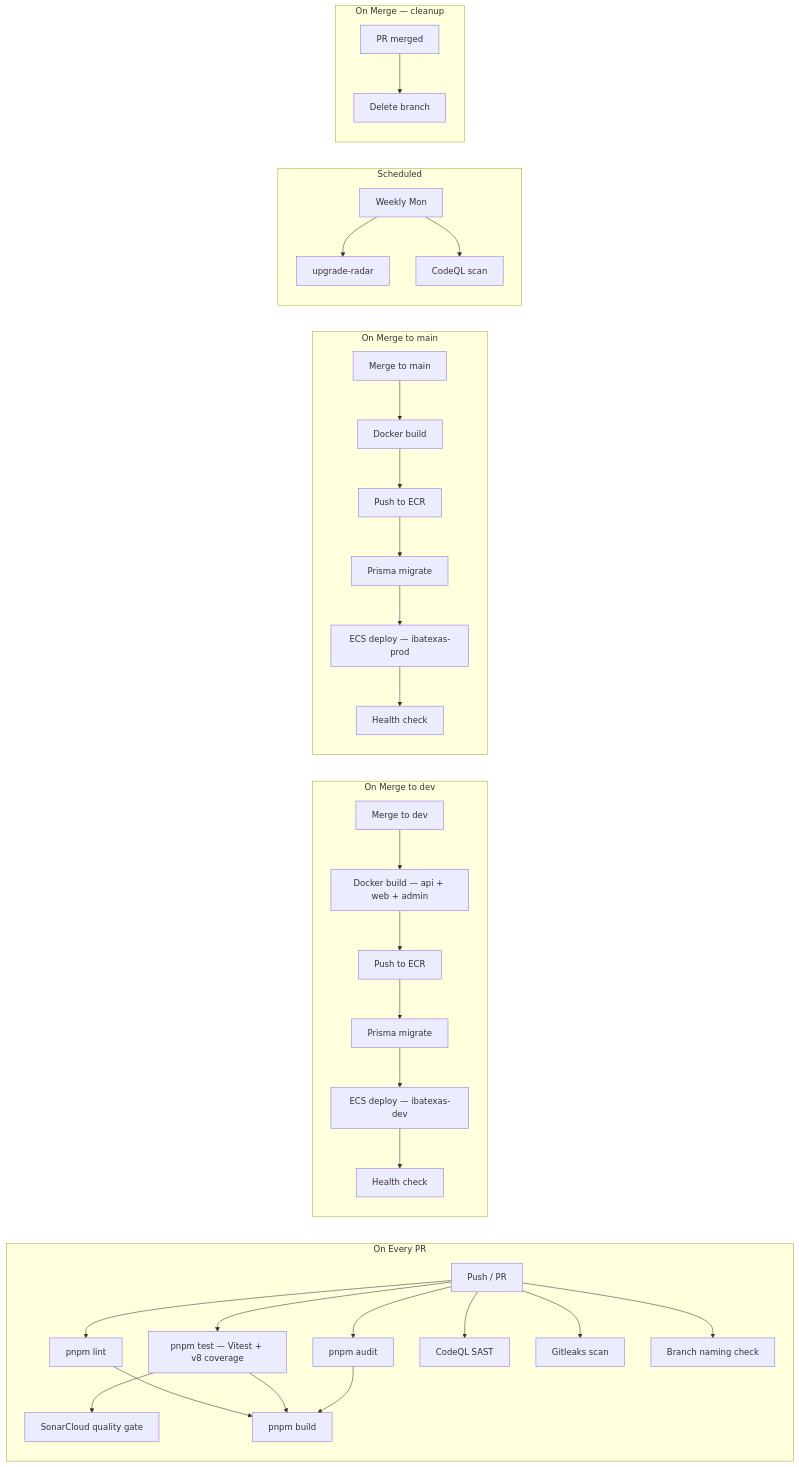
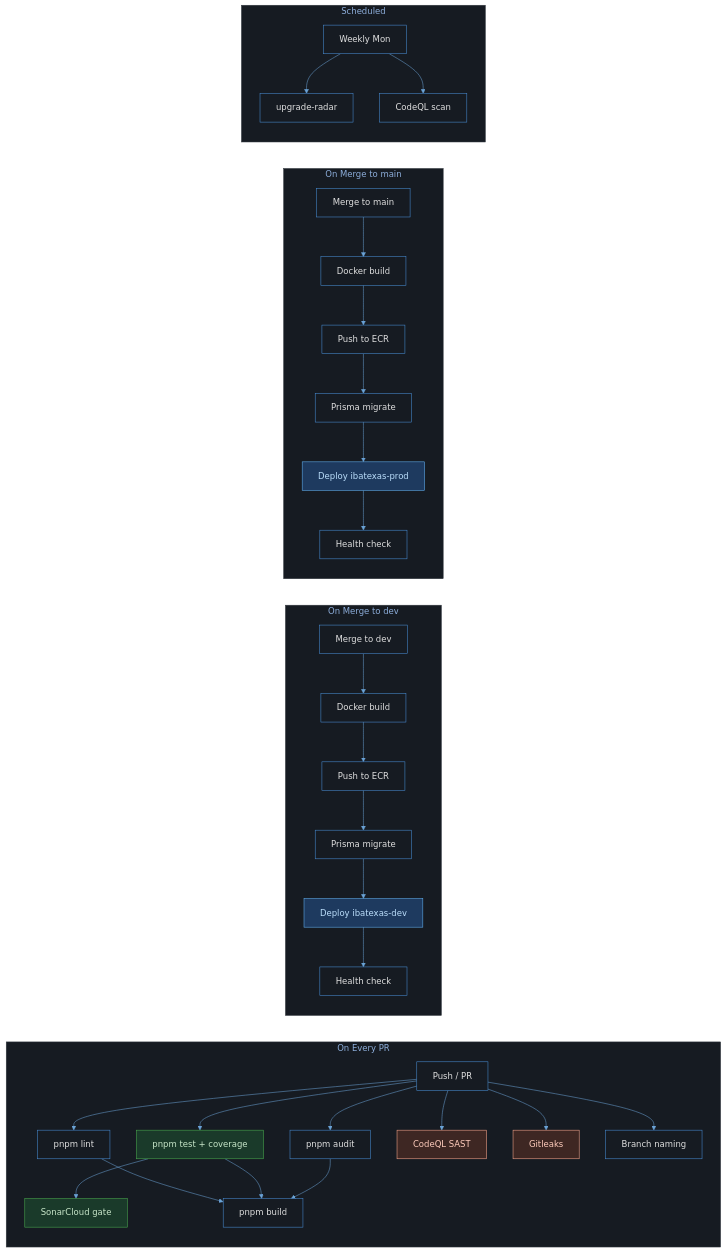
Before and after one commit to BrunoRodolpho/ibatexas: the fourth of 4 diagrams in docs/ARCHITECTURE.md, drawn with Mermaid. The commit also changed other lines of this file, not shown here.

First line of the commit message:
fix(docs): improve Mermaid diagram colors for dark mode readability

````diff
--- a/docs/ARCHITECTURE.md
+++ b/docs/ARCHITECTURE.md
@@ -206,38 +197,42 @@
 ```mermaid
+%%{init: {'theme': 'base', 'themeVariables': {'primaryColor': '#1e3a5f', 'primaryTextColor': '#e0e0e0', 'primaryBorderColor': '#4a90d9', 'lineColor': '#6ba3d6', 'background': '#0d1117', 'mainBkg': '#161b22', 'clusterBkg': '#161b22', 'clusterBorder': '#30363d'}}}%%
 flowchart LR
-  subgraph "On Every PR"
+  subgraph PR["On Every PR"]
     PUSH[Push / PR] --> LINT[pnpm lint]
-    PUSH --> TEST["pnpm test — Vitest + v8 coverage"]
+    PUSH --> TEST[pnpm test + coverage]
     PUSH --> AUDIT[pnpm audit]
     PUSH --> CODEQL[CodeQL SAST]
-    PUSH --> SECRETS[Gitleaks scan]
-    PUSH --> BRANCH[Branch naming check]
-    TEST --> SONAR[SonarCloud quality gate]
+    PUSH --> SECRETS[Gitleaks]
+    PUSH --> BRANCH[Branch naming]
+    TEST --> SONAR[SonarCloud gate]
     LINT & TEST & AUDIT --> BUILD[pnpm build]
   end
 
-  subgraph "On Merge to dev"
-    DEV[Merge to dev] --> STAGE_BUILD[Docker build — api + web + admin]
-    STAGE_BUILD --> ECR_S[Push to ECR]
-    ECR_S --> MIGRATE_S[Prisma migrate]
-    MIGRATE_S --> DEPLOY_S["ECS deploy — ibatexas-dev"]
-    DEPLOY_S --> HEALTH_S[Health check]
+  subgraph STAGING["On Merge to dev"]
+    DEV[Merge to dev] --> S1[Docker build]
+    S1 --> S2[Push to ECR]
+    S2 --> S3[Prisma migrate]
+    S3 --> S4["Deploy ibatexas-dev"]
+    S4 --> S5[Health check]
   end
 
-  subgraph "On Merge to main"
-    MAIN[Merge to main] --> PROD_BUILD[Docker build]
-    PROD_BUILD --> ECR_P[Push to ECR]
-    ECR_P --> MIGRATE_P[Prisma migrate]
-    MIGRATE_P --> DEPLOY_P["ECS deploy — ibatexas-prod"]
-    DEPLOY_P --> HEALTH_P[Health check]
+  subgraph PROD["On Merge to main"]
+    MAIN[Merge to main] --> P1[Docker build]
+    P1 --> P2[Push to ECR]
+    P2 --> P3[Prisma migrate]
+    P3 --> P4["Deploy ibatexas-prod"]
+    P4 --> P5[Health check]
   end
 
-  subgraph "Scheduled"
-    WEEKLY[Weekly Mon] --> UPGRADE[upgrade-radar]
-    WEEKLY --> CODEQL2[CodeQL scan]
+  subgraph CRON["Scheduled"]
+    W[Weekly Mon] --> U[upgrade-radar]
+    W --> CQ[CodeQL scan]
   end
 
-  subgraph "On Merge — cleanup"
-    MERGED[PR merged] --> CLEANUP[Delete branch]
-  end
+  style TEST fill:#1a3a2a,stroke:#4caf50,color:#c8e6c9
+  style SONAR fill:#1a3a2a,stroke:#4caf50,color:#c8e6c9
+  style CODEQL fill:#3e2723,stroke:#ffab91,color:#ffccbc
+  style SECRETS fill:#3e2723,stroke:#ffab91,color:#ffccbc
+  style S4 fill:#1e3a5f,stroke:#64b5f6,color:#bbdefb
+  style P4 fill:#1e3a5f,stroke:#64b5f6,color:#bbdefb
 ```
````
